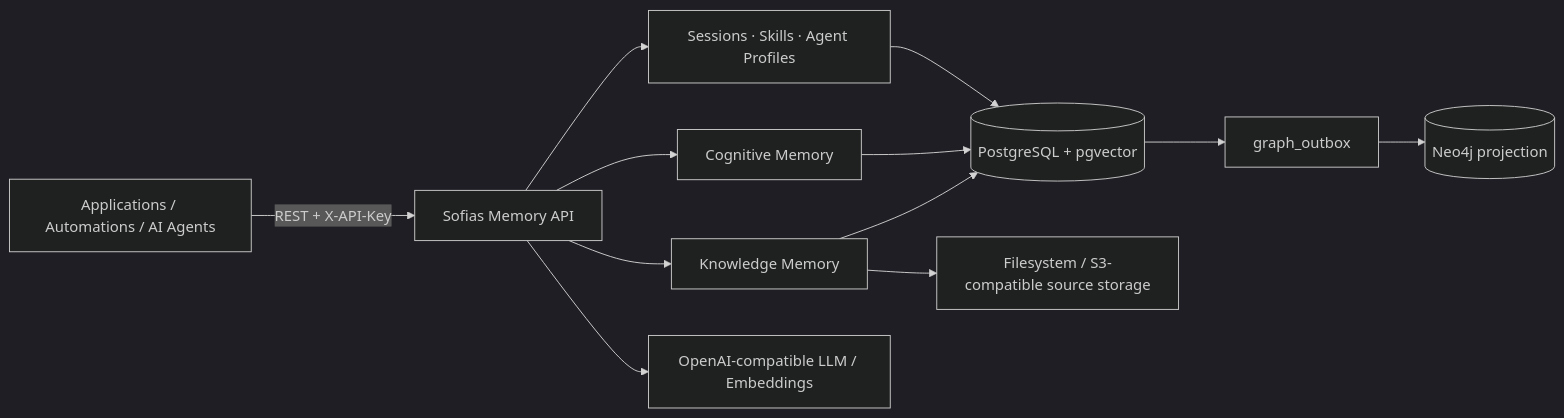
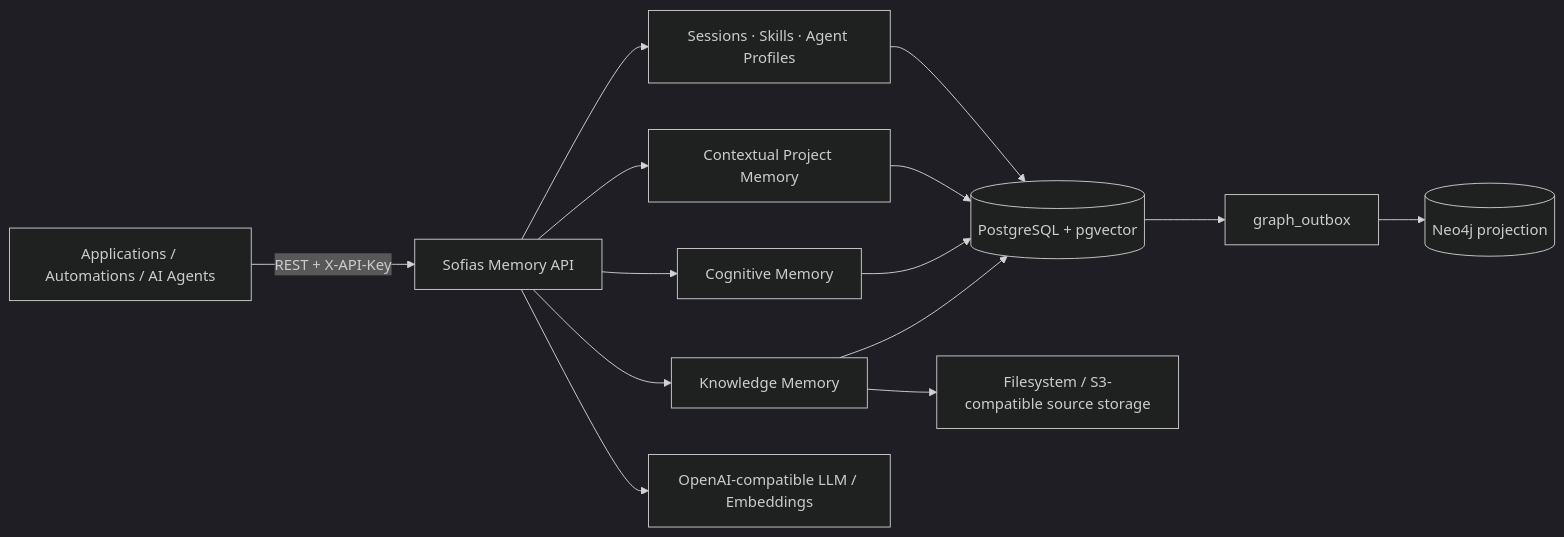
Before and after one commit to kallbuloso/sofias_memory: the diagram in README.md, drawn with Mermaid (dark theme). The commit also changed other lines of this file and 15 other files, not shown here.

First line of the commit message:
feat(context): harden and activate contextual memory contract v1 (SM-CTX-008)

````diff
--- a/README.md
+++ b/README.md
@@ -105,18 +115,20 @@
 ```mermaid
 flowchart LR
     A[Applications / Automations / AI Agents] -->|REST + X-API-Key| API[Sofias Memory API]
 
     API --> KM[Knowledge Memory]
     API --> CM[Cognitive Memory]
+    API --> CPM[Contextual Project Memory]
     API --> CTX[Sessions · Skills · Agent Profiles]
 
     KM --> PG[(PostgreSQL + pgvector)]
     CM --> PG
+    CPM --> PG
     CTX --> PG
 
     PG --> OUTBOX[graph_outbox]
     OUTBOX --> N4J[(Neo4j projection)]
 
     KM --> OBJ[Filesystem / S3-compatible source storage]
     API --> PROVIDERS[OpenAI-compatible LLM / Embeddings]
 ```
````
